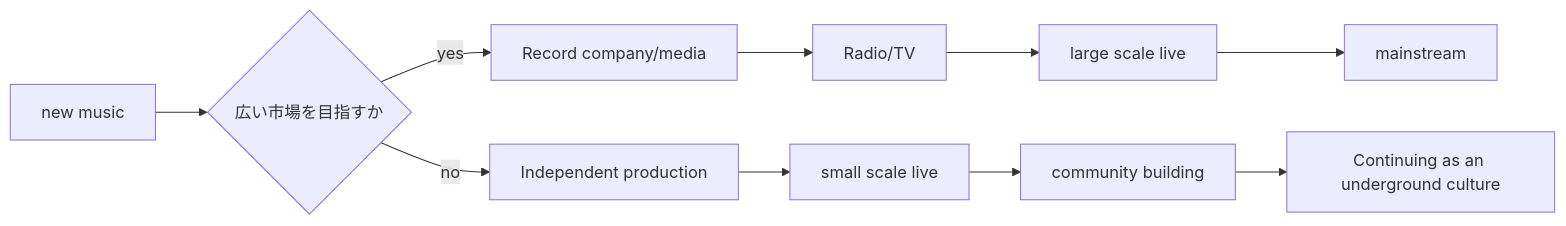
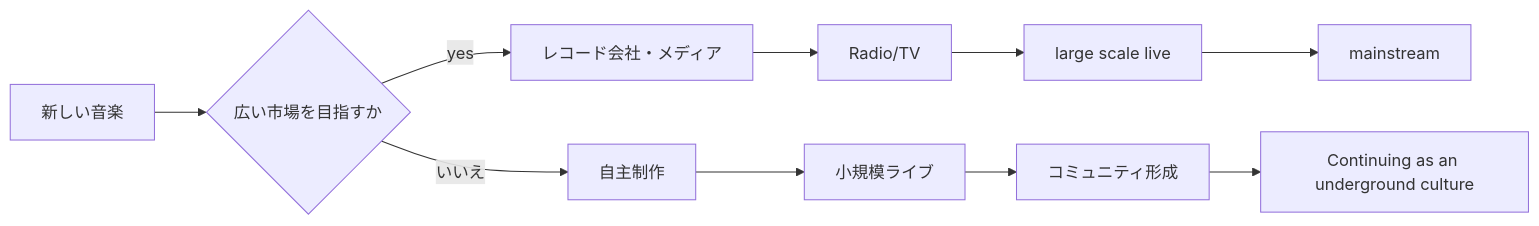
One commit to monumental-movement/monumental-movement.github.io changed the fourth of 5 diagrams in en/_posts/2026-07-25-column-why-some-genres-never-go-mainstream.md. Above: the diagram before and after it, drawn with Mermaid. The commit also changed other lines of this file and 2196 other files, not shown here.

```diff
--- a/en/_posts/2026-07-25-column-why-some-genres-never-go-mainstream.md
+++ b/en/_posts/2026-07-25-column-why-some-genres-never-go-mainstream.md
@@ -817,15 +817,15 @@
 <div class="mermaid">
 flowchart LR
 
-A[new music] --> B{広い市場を目指すか}
+A[新しい音楽] --> B{広い市場を目指すか}
 
-B -->|yes| C[Record company/media]
+B -->|yes| C[レコード会社・メディア]
 C --> D[Radio/TV]
 D --> E[large scale live]
 E --> F[mainstream]
 
-B -->|no| G[Independent production]
-G --> H[small scale live]
-H --> I[community building]
+B -->|いいえ| G[自主制作]
+G --> H[小規模ライブ]
+H --> I[コミュニティ形成]
 I --> J[Continuing as an underground culture]
 </div>
```
